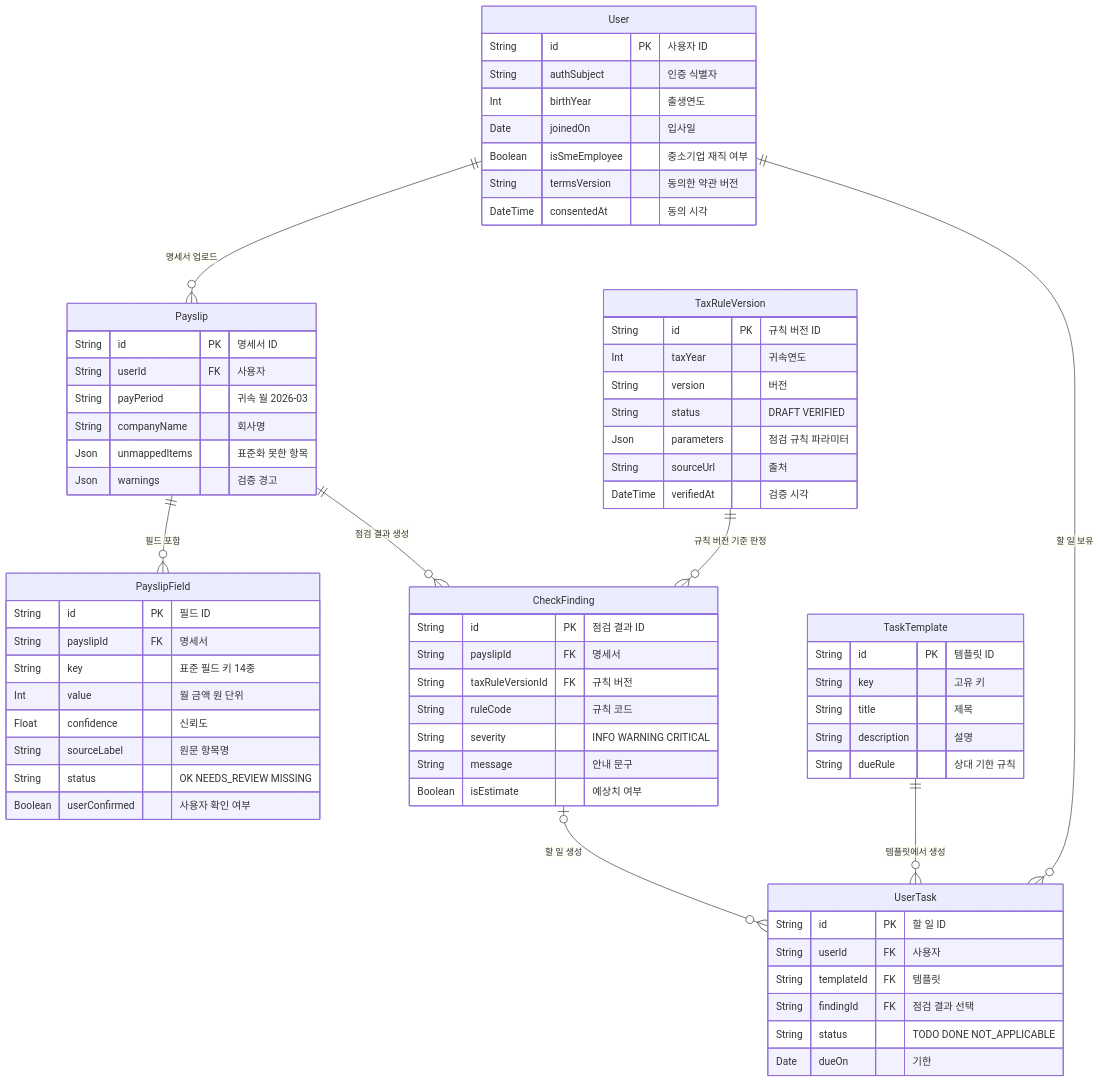
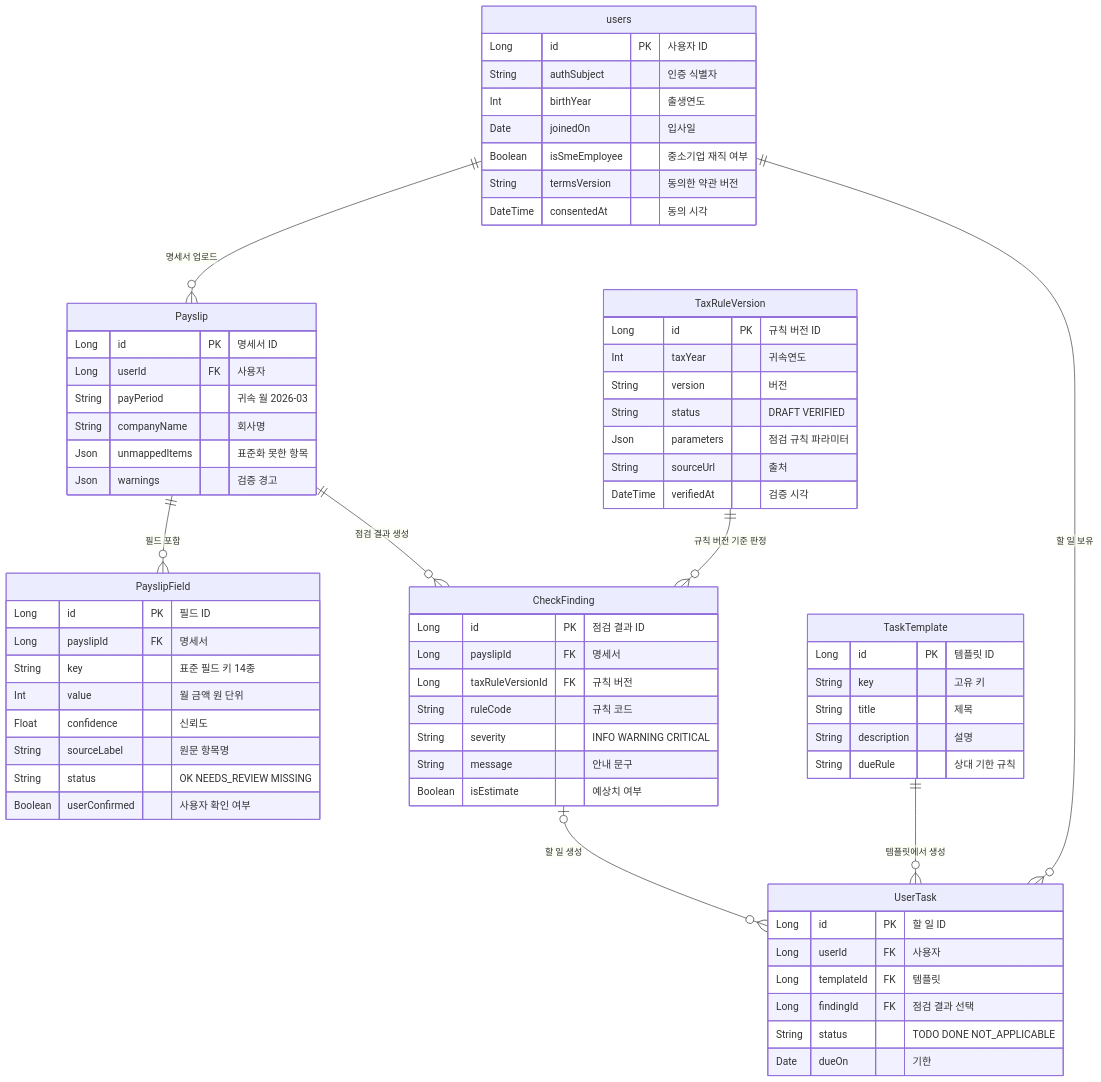
The diagram in docs/MEETING_MATERIAL/MVP/FOR_Draw_Io/erd.mmd (Real-Woong/GDGoC_OTP_Team1), drawn with Mermaid before and after one commit. The commit also changed 3 other files, not shown here.

First line of the commit message:
ERD 문서를 BE 구현에 맞춤: ID는 Long, 사용자 테이블은 users

```diff
--- a/docs/MEETING_MATERIAL/MVP/FOR_Draw_Io/erd.mmd
+++ b/docs/MEETING_MATERIAL/MVP/FOR_Draw_Io/erd.mmd
@@ -1,69 +1,69 @@
 erDiagram
-  User ||--o{ Payslip : "명세서 업로드"
-  User ||--o{ UserTask : "할 일 보유"
+  users ||--o{ Payslip : "명세서 업로드"
+  users ||--o{ UserTask : "할 일 보유"
   Payslip ||--o{ PayslipField : "필드 포함"
   Payslip ||--o{ CheckFinding : "점검 결과 생성"
   TaxRuleVersion ||--o{ CheckFinding : "규칙 버전 기준 판정"
   CheckFinding |o--o{ UserTask : "할 일 생성"
   TaskTemplate ||--o{ UserTask : "템플릿에서 생성"
 
-  User {
-    String id PK "사용자 ID"
+  users {
+    Long id PK "사용자 ID"
     String authSubject "인증 식별자"
     Int birthYear "출생연도"
     Date joinedOn "입사일"
     Boolean isSmeEmployee "중소기업 재직 여부"
     String termsVersion "동의한 약관 버전"
     DateTime consentedAt "동의 시각"
   }
   Payslip {
-    String id PK "명세서 ID"
-    String userId FK "사용자"
+    Long id PK "명세서 ID"
+    Long userId FK "사용자"
     String payPeriod "귀속 월 2026-03"
     String companyName "회사명"
     Json unmappedItems "표준화 못한 항목"
     Json warnings "검증 경고"
   }
   PayslipField {
-    String id PK "필드 ID"
-    String payslipId FK "명세서"
+    Long id PK "필드 ID"
+    Long payslipId FK "명세서"
     String key "표준 필드 키 14종"
     Int value "월 금액 원 단위"
     Float confidence "신뢰도"
     String sourceLabel "원문 항목명"
     String status "OK NEEDS_REVIEW MISSING"
     Boolean userConfirmed "사용자 확인 여부"
   }
   TaxRuleVersion {
-    String id PK "규칙 버전 ID"
+    Long id PK "규칙 버전 ID"
     Int taxYear "귀속연도"
     String version "버전"
     String status "DRAFT VERIFIED"
     Json parameters "점검 규칙 파라미터"
     String sourceUrl "출처"
     DateTime verifiedAt "검증 시각"
   }
   CheckFinding {
-    String id PK "점검 결과 ID"
-    String payslipId FK "명세서"
-    String taxRuleVersionId FK "규칙 버전"
+    Long id PK "점검 결과 ID"
+    Long payslipId FK "명세서"
+    Long taxRuleVersionId FK "규칙 버전"
     String ruleCode "규칙 코드"
     String severity "INFO WARNING CRITICAL"
     String message "안내 문구"
     Boolean isEstimate "예상치 여부"
   }
   TaskTemplate {
-    String id PK "템플릿 ID"
+    Long id PK "템플릿 ID"
     String key "고유 키"
     String title "제목"
     String description "설명"
     String dueRule "상대 기한 규칙"
   }
   UserTask {
-    String id PK "할 일 ID"
-    String userId FK "사용자"
-    String templateId FK "템플릿"
-    String findingId FK "점검 결과 선택"
+    Long id PK "할 일 ID"
+    Long userId FK "사용자"
+    Long templateId FK "템플릿"
+    Long findingId FK "점검 결과 선택"
     String status "TODO DONE NOT_APPLICABLE"
     Date dueOn "기한"
   }
```
